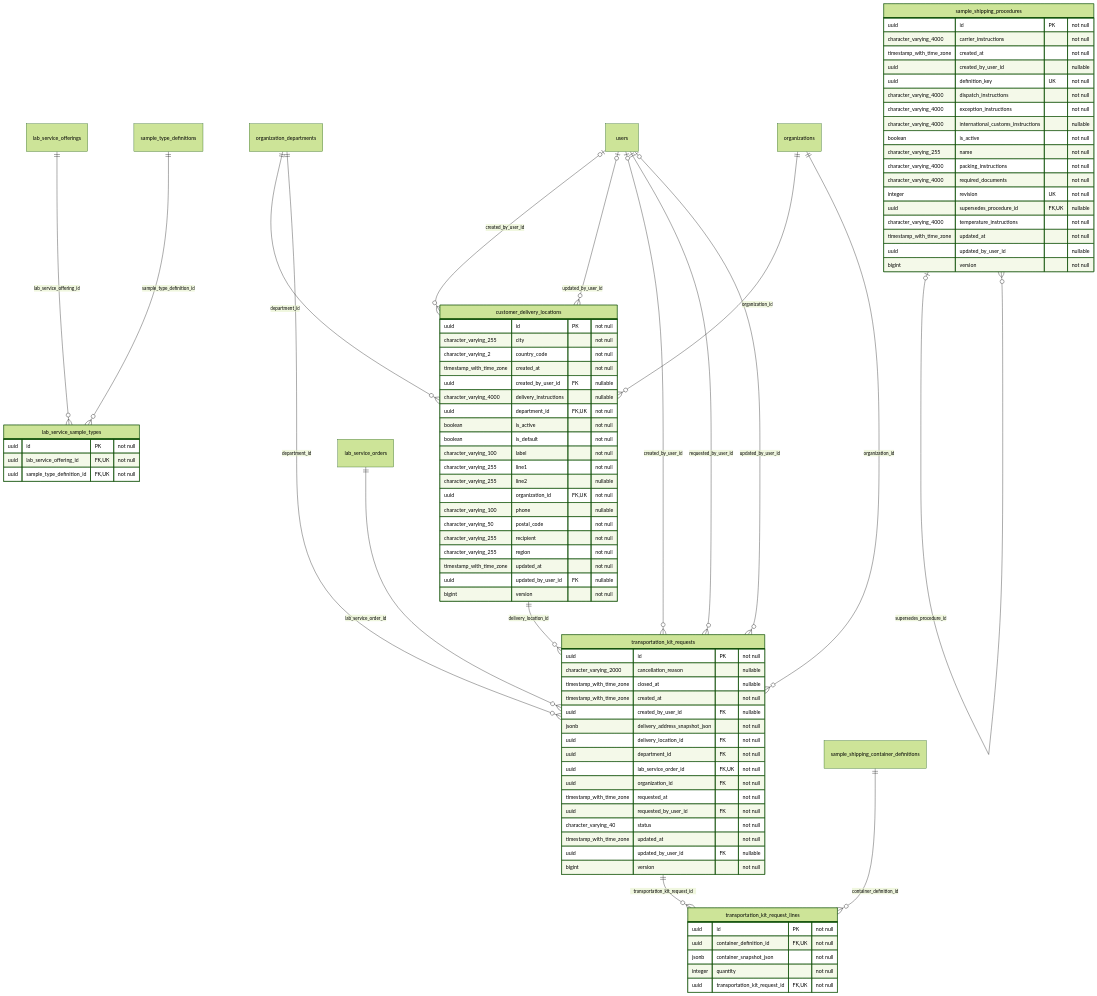
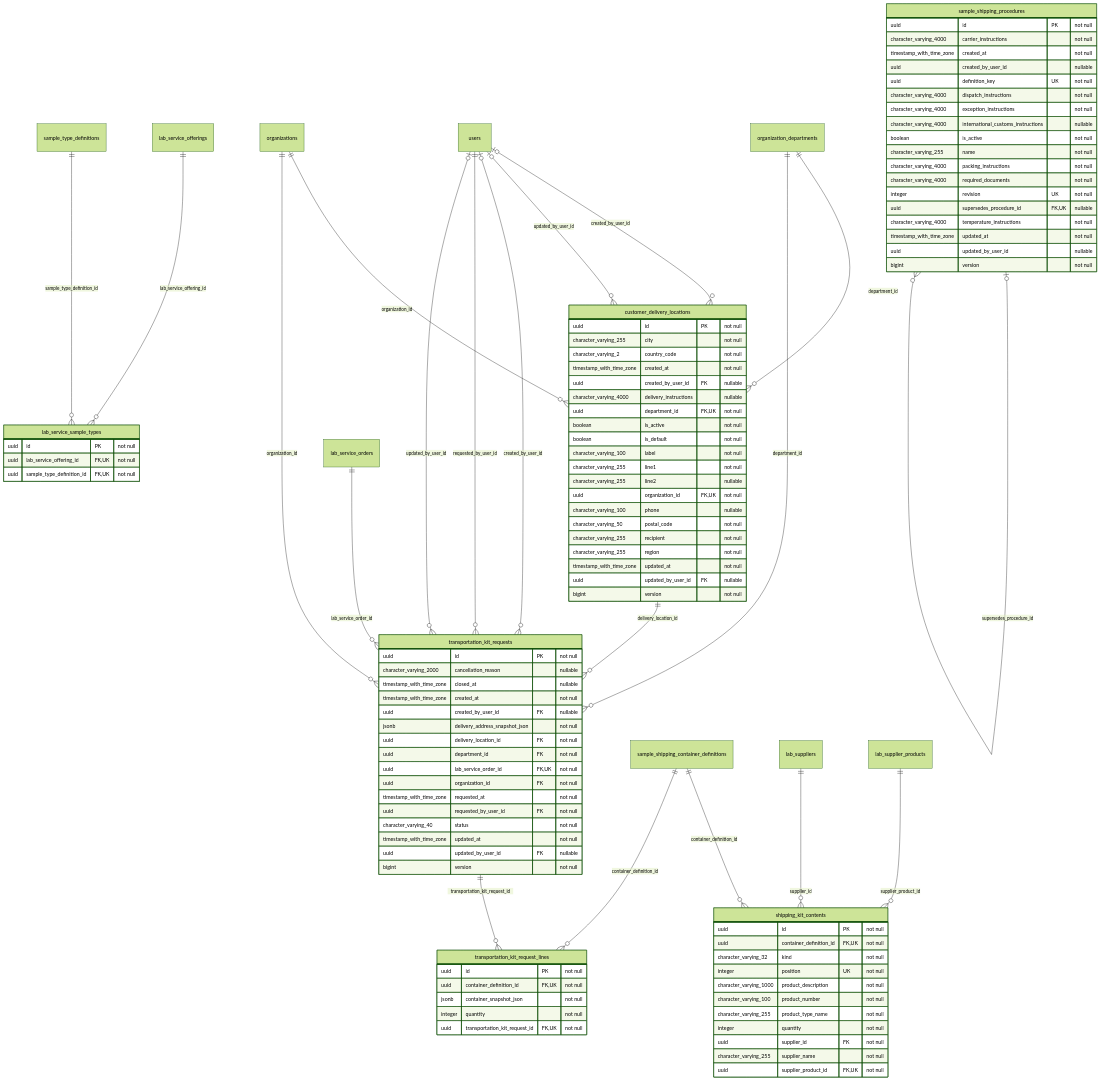
Diagram 12 of 32 in docs/database-erd.md (behaack/phaeno-ops-mgmt-system), drawn with Mermaid (forest theme) before and after one commit. The commit also changed other lines of this file and 101 other files, not shown here.

Commit message:
Add shipping kit contents and customer dashboard workflows

```diff
--- a/docs/database-erd.md
+++ b/docs/database-erd.md
@@ -1599,6 +1599,19 @@
         uuid updated_by_user_id "nullable"
         bigint version "not null"
     }
+    shipping_kit_contents {
+        uuid id PK "not null"
+        uuid container_definition_id FK,UK "not null"
+        character_varying_32 kind "not null"
+        integer position UK "not null"
+        character_varying_1000 product_description "not null"
+        character_varying_100 product_number "not null"
+        character_varying_255 product_type_name "not null"
+        integer quantity "not null"
+        uuid supplier_id FK "not null"
+        character_varying_255 supplier_name "not null"
+        uuid supplier_product_id FK,UK "not null"
+    }
     transportation_kit_request_lines {
         uuid id PK "not null"
         uuid container_definition_id FK,UK "not null"
@@ -1631,6 +1644,9 @@
     lab_service_offerings ||--o{ lab_service_sample_types : "lab_service_offering_id"
     sample_type_definitions ||--o{ lab_service_sample_types : "sample_type_definition_id"
     sample_shipping_procedures o|--o{ sample_shipping_procedures : "supersedes_procedure_id"
+    sample_shipping_container_definitions ||--o{ shipping_kit_contents : "container_definition_id"
+    lab_suppliers ||--o{ shipping_kit_contents : "supplier_id"
+    lab_supplier_products ||--o{ shipping_kit_contents : "supplier_product_id"
     sample_shipping_container_definitions ||--o{ transportation_kit_request_lines : "container_definition_id"
     transportation_kit_requests ||--o{ transportation_kit_request_lines : "transportation_kit_request_id"
     users o|--o{ transportation_kit_requests : "created_by_user_id"
```
